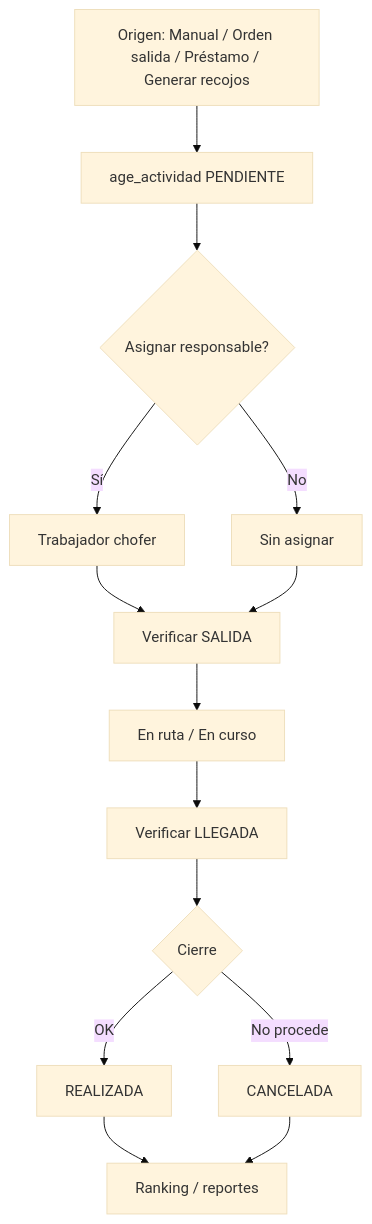
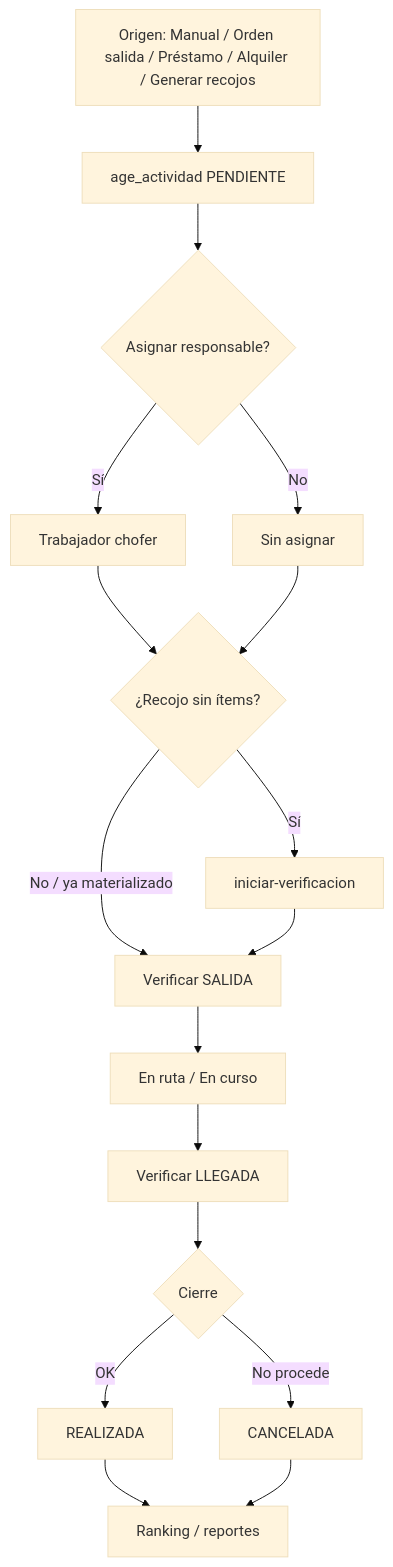
The diagram in docs/estado-actual-actividades.md (sistemasgvr/admin-sistema-sarita), drawn with Mermaid (base theme) before and after one commit. The commit also changed other lines of this file and 6 other files, not shown here.

````diff
--- a/docs/estado-actual-actividades.md
+++ b/docs/estado-actual-actividades.md
@@ -298,16 +353,19 @@
 ```mermaid
 flowchart TD
-  A[Origen: Manual / Orden salida / Préstamo / Generar recojos] --> B[age_actividad PENDIENTE]
+  A[Origen: Manual / Orden salida / Préstamo / Alquiler / Generar recojos] --> B[age_actividad PENDIENTE]
   B --> C{Asignar responsable?}
   C -->|Sí| D[Trabajador chofer]
   C -->|No| E[Sin asignar]
-  D --> F[Verificar SALIDA]
+  D --> F{¿Recojo sin ítems?}
   E --> F
-  F --> G[En ruta / En curso]
-  G --> H[Verificar LLEGADA]
-  H --> I{Cierre}
-  I -->|OK| J[REALIZADA]
-  I -->|No procede| K[CANCELADA]
-  J --> L[Ranking / reportes]
-  K --> L
+  F -->|Sí| IV[iniciar-verificacion]
+  F -->|No / ya materializado| G[Verificar SALIDA]
+  IV --> G
+  G --> H[En ruta / En curso]
+  H --> I[Verificar LLEGADA]
+  I --> J{Cierre}
+  J -->|OK| K[REALIZADA]
+  J -->|No procede| L[CANCELADA]
+  K --> M[Ranking / reportes]
+  L --> M
 ```
````
